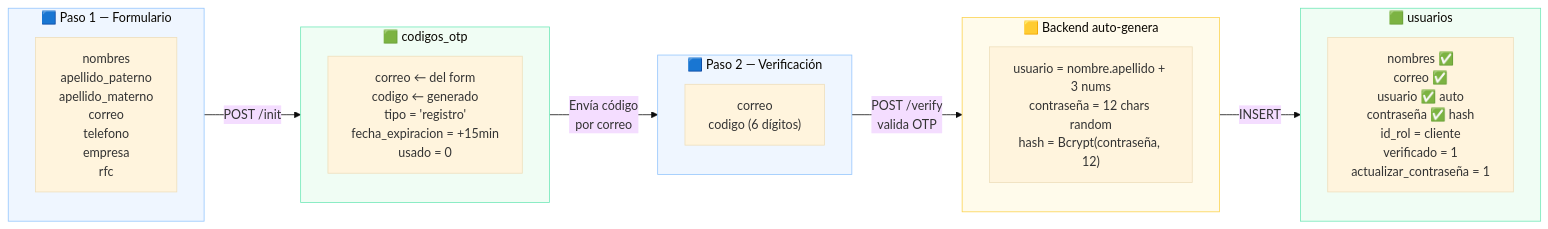
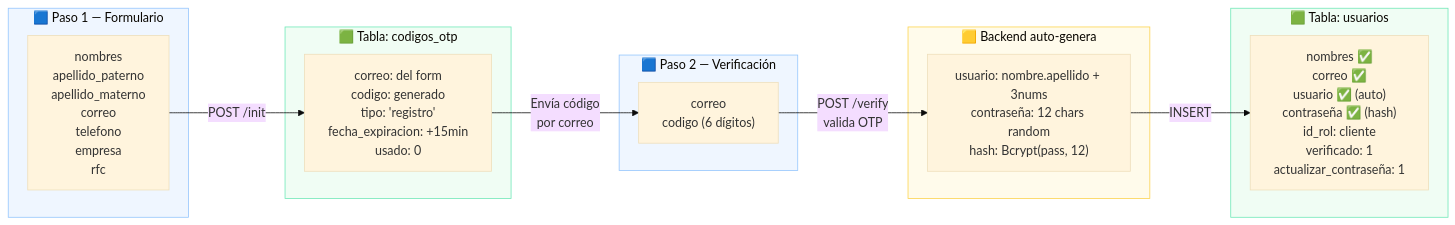
One commit to arturomiranda/ds-qs changed the third of 8 diagrams in web/modulos/registro/Registro_Plan.md. Above: the diagram before and after it, drawn with Mermaid (base theme). The commit also changed other lines of this file and 2 other files, not shown here.

Commit message:
Integracion de la interfaz de registro

````diff
--- a/web/modulos/registro/Registro_Plan.md
+++ b/web/modulos/registro/Registro_Plan.md
@@ -693,33 +450,35 @@
 ```mermaid
 flowchart LR
     subgraph STEP1["🟦 Paso 1 — Formulario"]
-        F1["nombres\napellido_paterno\napellido_materno\ncorreo\ntelefono\nempresa\nrfc"]
+        F1["nombres<br/>apellido_paterno<br/>apellido_materno<br/>correo<br/>telefono<br/>empresa<br/>rfc"]
     end
 
-    subgraph OTP["🟩 codigos_otp"]
-        O1["correo ← del form\ncodigo ← generado\ntipo = 'registro'\nfecha_expiracion = +15min\nusado = 0"]
+    subgraph OTP["🟩 Tabla: codigos_otp"]
+        O1["correo: del form<br/>codigo: generado<br/>tipo: 'registro'<br/>fecha_expiracion: +15min<br/>usado: 0"]
     end
 
     subgraph STEP2["🟦 Paso 2 — Verificación"]
-        F2["correo\ncodigo (6 dígitos)"]
+        F2["correo<br/>codigo (6 dígitos)"]
     end
 
     subgraph AUTO["🟨 Backend auto-genera"]
-        A1["usuario = nombre.apellido + 3 nums\ncontraseña = 12 chars random\nhash = Bcrypt(contraseña, 12)"]
+        A1["usuario: nombre.apellido + 3nums<br/>contraseña: 12 chars random<br/>hash: Bcrypt(pass, 12)"]
     end
 
-    subgraph USERS["🟩 usuarios"]
-        U1["nombres ✅\ncorreo ✅\nusuario ✅ auto\ncontraseña ✅ hash\nid_rol = cliente\nverificado = 1\nactualizar_contraseña = 1"]
+    subgraph USERS["🟩 Tabla: usuarios"]
+        U1["nombres ✅<br/>correo ✅<br/>usuario ✅ (auto)<br/>contraseña ✅ (hash)<br/>id_rol: cliente<br/>verificado: 1<br/>actualizar_contraseña: 1"]
     end
 
-    STEP1 -->|"POST /init"| OTP
-    OTP -->|"Envía código\npor correo"| STEP2
-    STEP2 -->|"POST /verify\nvalida OTP"| AUTO
-    AUTO -->|"INSERT"| USERS
+    %% Flujo de Conexiones Nodo a Nodo
+    F1 -->|"POST /init"| O1
+    O1 -->|"Envía código<br/>por correo"| F2
+    F2 -->|"POST /verify<br/>valida OTP"| A1
+    A1 -->|"INSERT"| U1
 
+    %% Estilos Visuales
     style STEP1 fill:#EFF6FF,stroke:#93C5FD
     style STEP2 fill:#EFF6FF,stroke:#93C5FD
     style OTP fill:#F0FDF4,stroke:#6EE7B7
     style USERS fill:#F0FDF4,stroke:#6EE7B7
     style AUTO fill:#FFFBEB,stroke:#FCD34D
 ```
````
